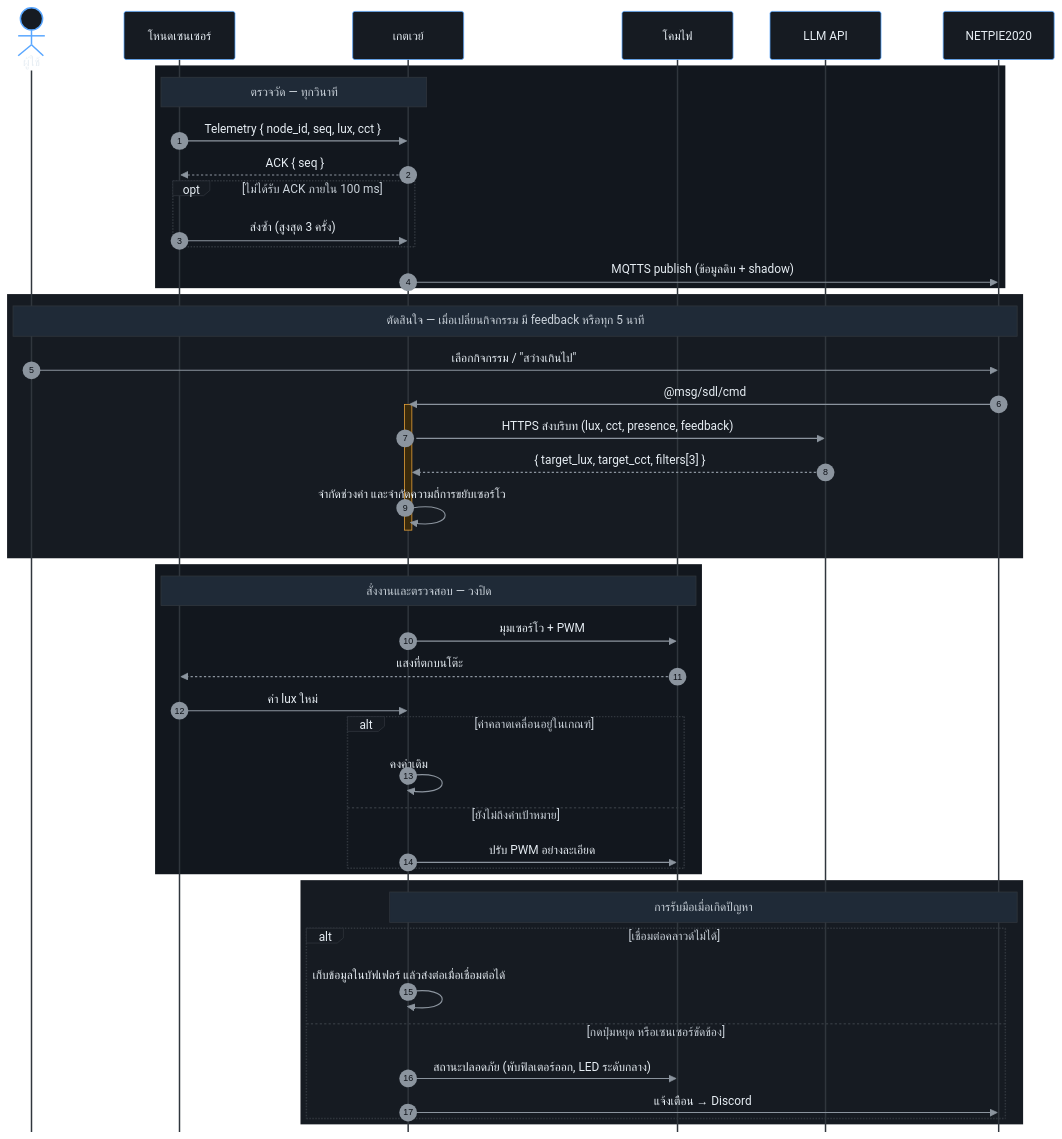
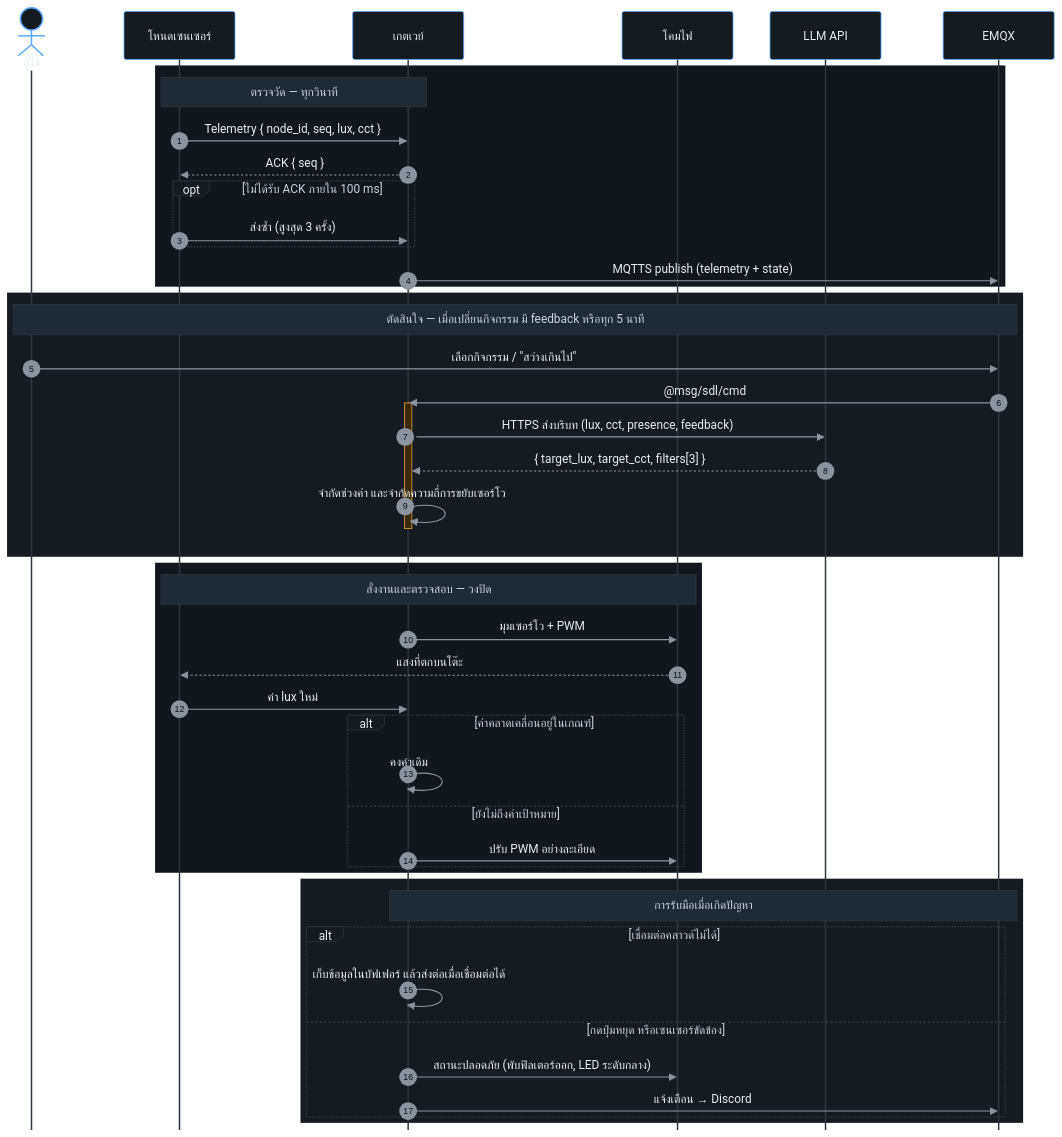
Before and after one commit to E3-Embed/SmartDeskLight: the second of 2 diagrams in README.md, drawn with Mermaid. The commit also changed other lines of this file and 5 other files, not shown here.

````diff
--- a/README.md
+++ b/README.md
@@ -87,54 +87,54 @@
 ```mermaid
 %%{init: {"theme": "base", "themeVariables": {"background": "#0D1117", "actorBkg": "#161B22", "actorBorder": "#58A6FF", "actorTextColor": "#E6EDF3", "actorLineColor": "#30363D", "signalColor": "#8B949E", "signalTextColor": "#E6EDF3", "labelBoxBkgColor": "#161B22", "labelBoxBorderColor": "#30363D", "labelTextColor": "#E6EDF3", "loopTextColor": "#C9D1D9", "noteBkgColor": "#1F2A37", "noteBorderColor": "#30363D", "noteTextColor": "#C9D1D9", "activationBkgColor": "#3A2A0B", "activationBorderColor": "#F0A93B", "sequenceNumberColor": "#0D1117"}, "sequence": {"mirrorActors": false, "boxMargin": 8, "messageMargin": 38, "noteMargin": 10}}}%%
 sequenceDiagram
   autonumber
   actor U as ผู้ใช้
   participant N as โหนดเซนเซอร์
   participant G as เกตเวย์
   participant L as โคมไฟ
   participant A as LLM API
-  participant P as NETPIE2020
+  participant P as EMQX
 
   rect rgb(18, 23, 30)
     Note over N,G: ตรวจวัด — ทุกวินาที
     N->>G: Telemetry { node_id, seq, lux, cct }
     G-->>N: ACK { seq }
     opt ไม่ได้รับ ACK ภายใน 100 ms
       N->>G: ส่งซ้ำ (สูงสุด 3 ครั้ง)
     end
-    G->>P: MQTTS publish (ข้อมูลดิบ + shadow)
+    G->>P: MQTTS publish (telemetry + state)
   end
 
   rect rgb(22, 27, 34)
     Note over U,P: ตัดสินใจ — เมื่อเปลี่ยนกิจกรรม มี feedback หรือทุก 5 นาที
     U->>P: เลือกกิจกรรม / "สว่างเกินไป"
     P->>G: @msg/sdl/cmd
     activate G
     G->>A: HTTPS ส่งบริบท (lux, cct, presence, feedback)
     A-->>G: { target_lux, target_cct, filters[3] }
     G->>G: จำกัดช่วงค่า และจำกัดความถี่การขยับเซอร์โว
     deactivate G
   end
 
   rect rgb(18, 23, 30)
     Note over N,L: สั่งงานและตรวจสอบ — วงปิด
     G->>L: มุมเซอร์โว + PWM
     L-->>N: แสงที่ตกบนโต๊ะ
     N->>G: ค่า lux ใหม่
     alt ค่าคลาดเคลื่อนอยู่ในเกณฑ์
       G->>G: คงค่าเดิม
     else ยังไม่ถึงค่าเป้าหมาย
       G->>L: ปรับ PWM อย่างละเอียด
     end
   end
 
   rect rgb(22, 27, 34)
     Note over G,P: การรับมือเมื่อเกิดปัญหา
     alt เชื่อมต่อคลาวด์ไม่ได้
       G->>G: เก็บข้อมูลในบัฟเฟอร์ แล้วส่งต่อเมื่อเชื่อมต่อได้
     else กดปุ่มหยุด หรือเซนเซอร์ขัดข้อง
       G->>L: สถานะปลอดภัย (พับฟิลเตอร์ออก, LED ระดับกลาง)
       G->>P: แจ้งเตือน → Discord
     end
   end
 ```
````
